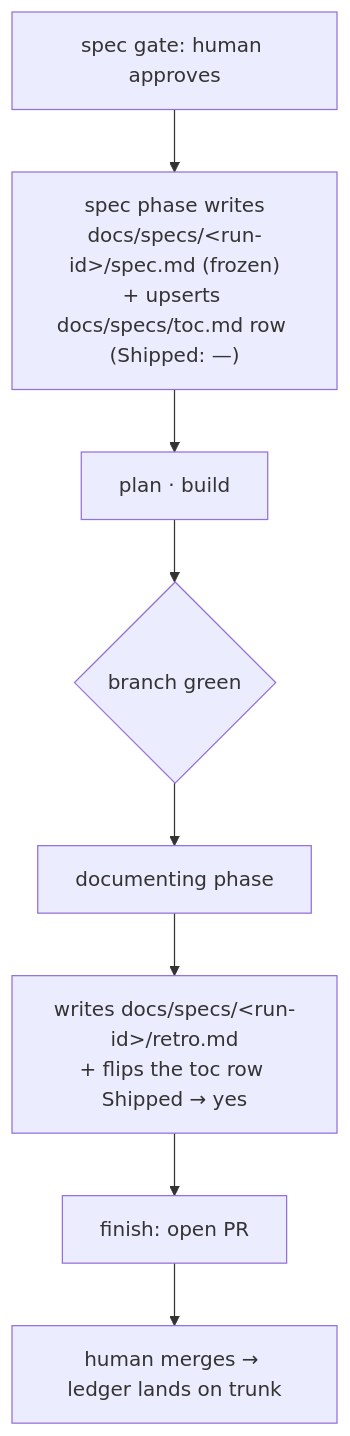
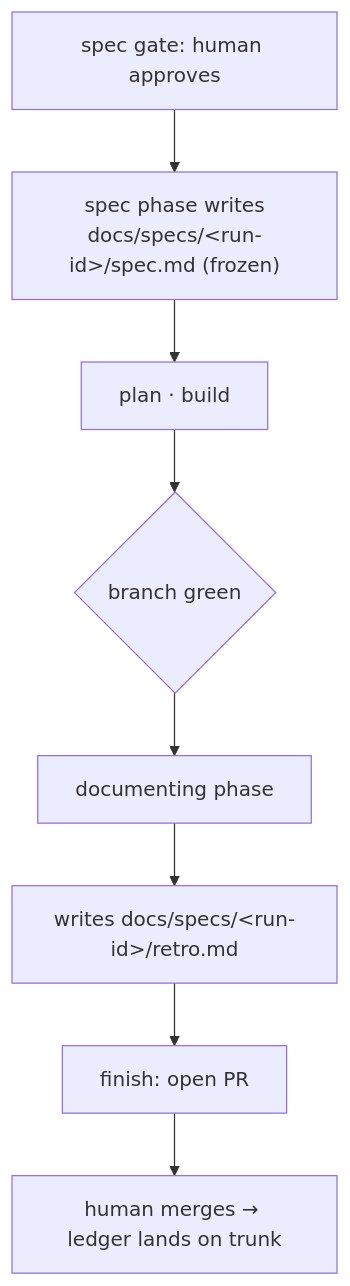
Before and after one commit to dashworthy/engineering: the diagram in docs/pipeline/spec-ledger/README.md, drawn with Mermaid. The commit also changed other lines of this file and 9 other files, not shown here.

````diff
--- a/docs/pipeline/spec-ledger/README.md
+++ b/docs/pipeline/spec-ledger/README.md
@@ -20,10 +20,10 @@
 ```mermaid
 flowchart TD
-    A[spec gate: human approves] --> B["spec phase writes<br/>docs/specs/&lt;run-id&gt;/spec.md (frozen)<br/>+ upserts docs/specs/toc.md row (Shipped: —)"]
+    A[spec gate: human approves] --> B["spec phase writes<br/>docs/specs/&lt;run-id&gt;/spec.md (frozen)"]
     B --> P[plan · build]
     P --> G{branch green}
     G --> D[documenting phase]
-    D --> R["writes docs/specs/&lt;run-id&gt;/retro.md<br/>+ flips the toc row Shipped → yes"]
+    D --> R["writes docs/specs/&lt;run-id&gt;/retro.md"]
     R --> F[finish: open PR]
     F --> M[human merges → ledger lands on trunk]
 ```
````
